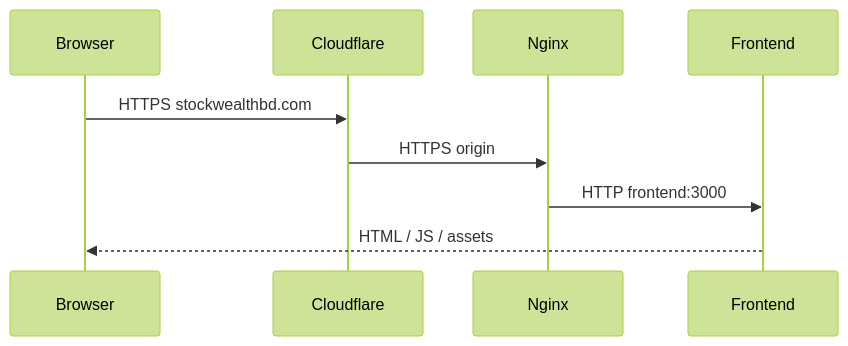
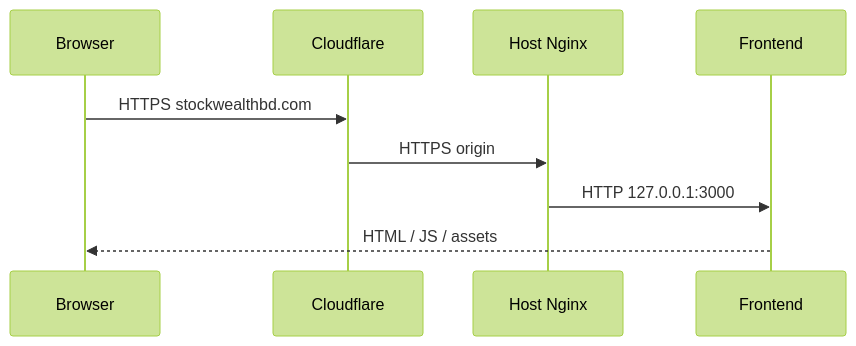
The second of 3 diagrams in backend/docs/deployment_architecture.md (Jrahimin/smart-stock), drawn with Mermaid (forest theme) before and after one commit. The commit also changed other lines of this file and 7 other files, not shown here.

````diff
--- a/backend/docs/deployment_architecture.md
+++ b/backend/docs/deployment_architecture.md
@@ -78,12 +80,12 @@
 ```mermaid
 sequenceDiagram
     participant Browser
     participant Cloudflare
-    participant Nginx
+    participant HostNginx as Host Nginx
     participant Frontend
 
     Browser->>Cloudflare: HTTPS stockwealthbd.com
-    Cloudflare->>Nginx: HTTPS origin
-    Nginx->>Frontend: HTTP frontend:3000
+    Cloudflare->>HostNginx: HTTPS origin
+    HostNginx->>Frontend: HTTP 127.0.0.1:3000
     Frontend-->>Browser: HTML / JS / assets
 ```
````
